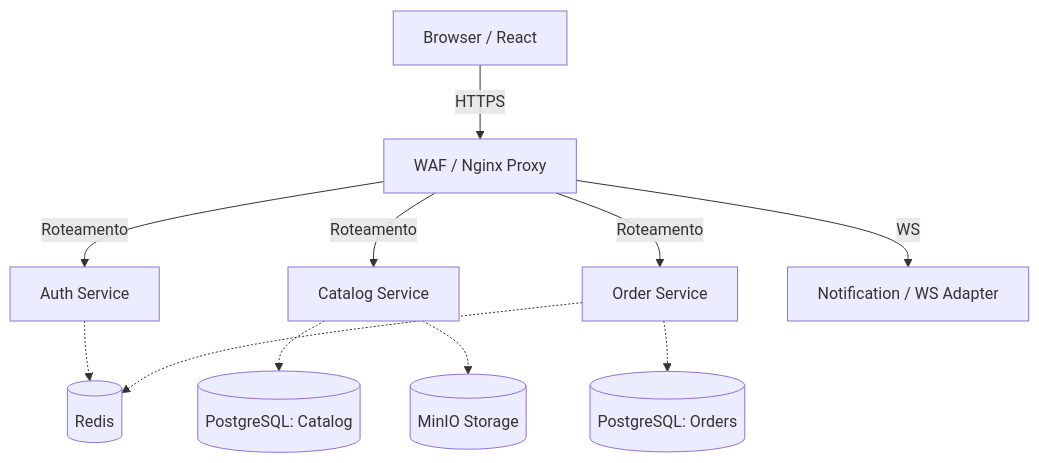
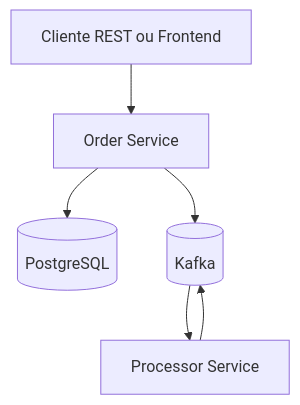
The first of 7 diagrams in ARCHITECTURE.md (Matheuscrz/OrderFlow), drawn with Mermaid before and after one commit. The commit also changed other lines of this file and 2 other files, not shown here.

Commit message:
feat: Atualizar documentação da arquitetura e roadmap de implementação para refletir mudanças na estrutura e funcionalidades do OrderFlow

````diff
--- a/ARCHITECTURE.md
+++ b/ARCHITECTURE.md
@@ -9,14 +20,10 @@
 ```mermaid
 graph TD
-    Client[Browser / React] -->|HTTPS| WAF[WAF / Nginx Proxy]
-    WAF -->|Roteamento| Auth[Auth Service]
-    WAF -->|Roteamento| Catalog[Catalog Service]
-    WAF -->|Roteamento| Order[Order Service]
-    WAF -->|WS| Notification[Notification / WS Adapter]
-    
-    Auth -.-> Redis[(Redis)]
-    Order -.-> Redis
-    Order -.-> DB_Order[(PostgreSQL: Orders)]
-    Catalog -.-> DB_Catalog[(PostgreSQL: Catalog)]
-    Catalog -.-> MinIO[(MinIO Storage)]
+    Client[Cliente REST ou Frontend] --> Order[Order Service]
+
+    Order --> PostgreSQL[(PostgreSQL)]
+    Order --> Kafka[(Kafka)]
+
+    Kafka --> Processor[Processor Service]
+    Processor --> Kafka
 ```
````
